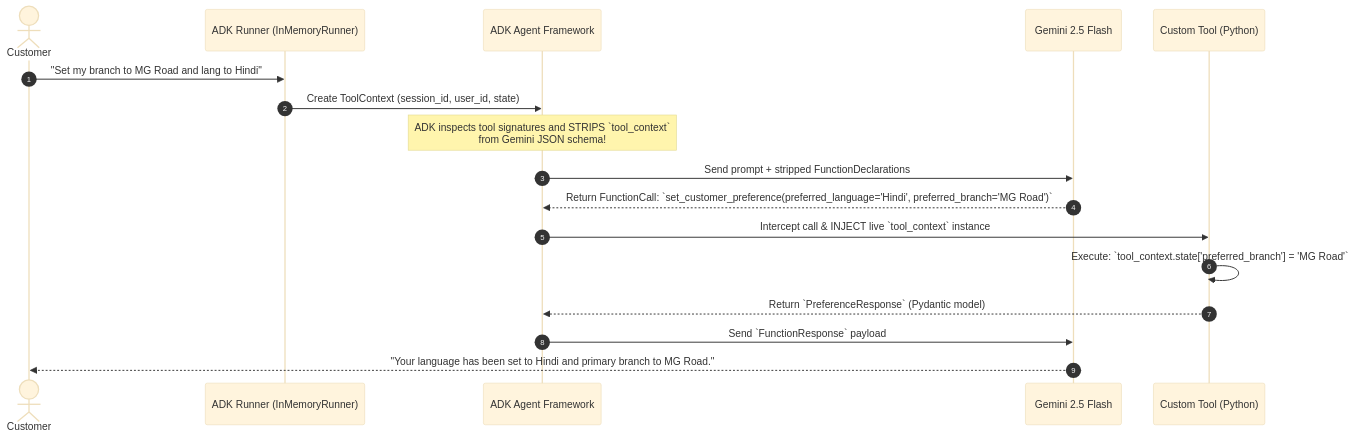
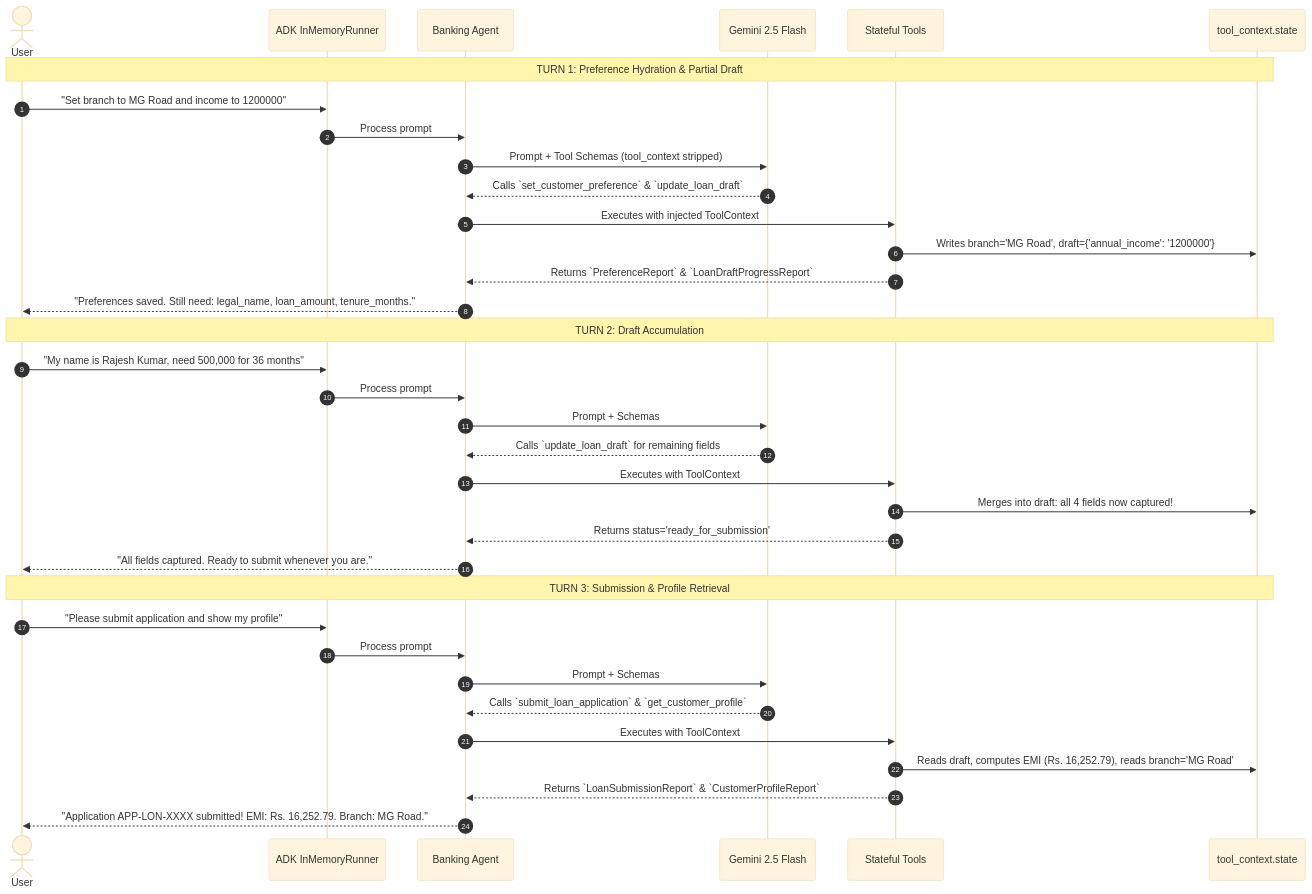
The diagram in training/module10-advanced-function-tools/lab-solution.md (inderanz/google-adk-training), drawn with Mermaid (base theme) before and after one commit. The commit also changed other lines of this file and 3 other files, not shown here.

Commit message:
feat(module10): align with official ADK ToolContext, enterprise storytelling, and multi-turn lab

````diff
--- a/training/module10-advanced-function-tools/lab-solution.md
+++ b/training/module10-advanced-function-tools/lab-solution.md
@@ -359,20 +377,40 @@
 ```mermaid
 sequenceDiagram
     autonumber
-    actor Customer
-    participant Runner as ADK Runner (InMemoryRunner)
-    participant Agent as ADK Agent Framework
+    actor User
+    participant Runner as ADK InMemoryRunner
+    participant Agent as Banking Agent
     participant Gemini as Gemini 2.5 Flash
-    participant Tool as Custom Tool (Python)
+    participant Tool as Stateful Tools
+    participant State as tool_context.state
 
-    Customer->>Runner: "Set my branch to MG Road and lang to Hindi"
-    Runner->>Agent: Create ToolContext (session_id, user_id, state)
-    Note over Agent: ADK inspects tool signatures and STRIPS `tool_context`<br/>from Gemini JSON schema!
-    Agent->>Gemini: Send prompt + stripped FunctionDeclarations
-    Gemini-->>Agent: Return FunctionCall: `set_customer_preference(preferred_language='Hindi', preferred_branch='MG Road')`
-    Agent->>Tool: Intercept call & INJECT live `tool_context` instance
-    Tool->>Tool: Execute: `tool_context.state['preferred_branch'] = 'MG Road'`
-    Tool-->>Agent: Return `PreferenceResponse` (Pydantic model)
-    Agent->>Gemini: Send `FunctionResponse` payload
-    Gemini-->>Customer: "Your language has been set to Hindi and primary branch to MG Road."
+    Note over User,State: TURN 1: Preference Hydration & Partial Draft
+    User->>Runner: "Set branch to MG Road and income to 1200000"
+    Runner->>Agent: Process prompt
+    Agent->>Gemini: Prompt + Tool Schemas (tool_context stripped)
+    Gemini-->>Agent: Calls `set_customer_preference` & `update_loan_draft`
+    Agent->>Tool: Executes with injected ToolContext
+    Tool->>State: Writes branch='MG Road', draft={'annual_income': '1200000'}
+    Tool-->>Agent: Returns `PreferenceReport` & `LoanDraftProgressReport`
+    Agent-->>User: "Preferences saved. Still need: legal_name, loan_amount, tenure_months."
+
+    Note over User,State: TURN 2: Draft Accumulation
+    User->>Runner: "My name is Rajesh Kumar, need 500,000 for 36 months"
+    Runner->>Agent: Process prompt
+    Agent->>Gemini: Prompt + Schemas
+    Gemini-->>Agent: Calls `update_loan_draft` for remaining fields
+    Agent->>Tool: Executes with ToolContext
+    Tool->>State: Merges into draft: all 4 fields now captured!
+    Tool-->>Agent: Returns status='ready_for_submission'
+    Agent-->>User: "All fields captured. Ready to submit whenever you are."
+
+    Note over User,State: TURN 3: Submission & Profile Retrieval
+    User->>Runner: "Please submit application and show my profile"
+    Runner->>Agent: Process prompt
+    Agent->>Gemini: Prompt + Schemas
+    Gemini-->>Agent: Calls `submit_loan_application` & `get_customer_profile`
+    Agent->>Tool: Executes with ToolContext
+    Tool->>State: Reads draft, computes EMI (Rs. 16,252.79), reads branch='MG Road'
+    Tool-->>Agent: Returns `LoanSubmissionReport` & `CustomerProfileReport`
+    Agent-->>User: "Application APP-LON-XXXX submitted! EMI: Rs. 16,252.79. Branch: MG Road."
 ```
````
